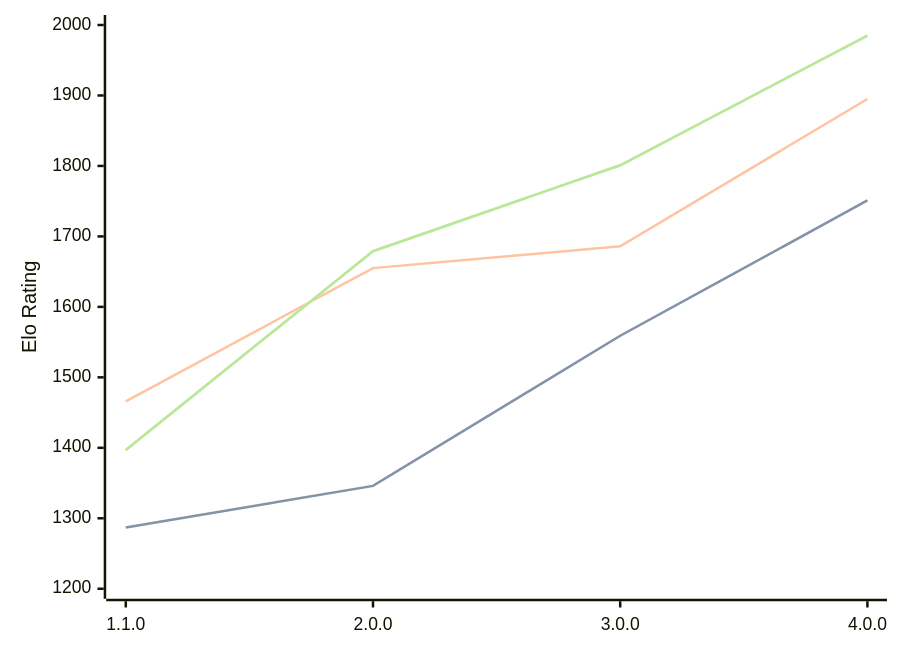
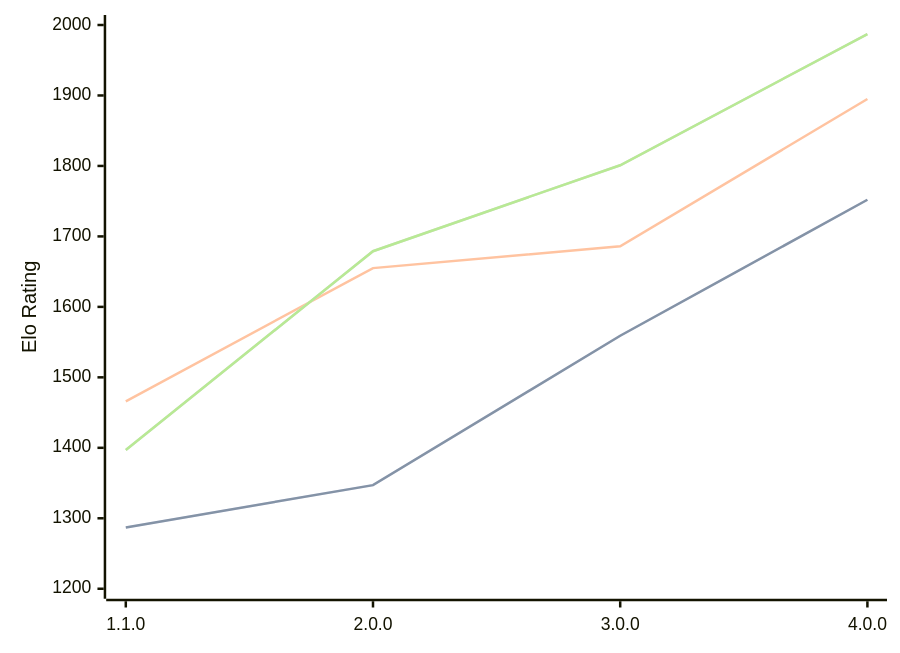
One commit to computer-chess-index/cci changed the diagram in engines/Laura.md. Above: the diagram before and after it, drawn with Mermaid. The commit also changed other lines of this file, not shown here.

Commit message:
Update CCI Ratings (ELO VLTC) - 2026-07-23

````diff
--- a/engines/Laura.md
+++ b/engines/Laura.md
@@ -35,11 +35,11 @@
 ```mermaid
 %%{init: {"theme":"base","themeVariables":{"seriesColors:['#a3a3a3','#222221','#faa371']}}}%%
 xychart-beta
   x-axis ["1.1.0", "2.0.0", "3.0.0", "4.0.0"]
   y-axis "Elo Rating" 1200 --> 2000
-  line "STC (8.0+0.08s)" [1287, 1346, 1559, 1751]
-  line "STC (8.0+0.08s)" [1287, 1346, 1559, 1751]
+  line "STC (8.0+0.08s)" [1287, 1347, 1559, 1752]
+  line "STC (8.0+0.08s)" [1287, 1347, 1559, 1752]
   line "LTC (60.0+0.60s)" [1466, 1655, 1686, 1895]
-  line "VLTC (2m24s+1.12s)" [1397, 1679, 1801, 1985]
-  line "VLTC (2m24s+1.12s)" [1397, 1679, 1801, 1985]
+  line "VLTC (2m24s+1.12s)" [1397, 1679, 1801, 1987]
+  line "VLTC (2m24s+1.12s)" [1397, 1679, 1801, 1987]
 ```
````
